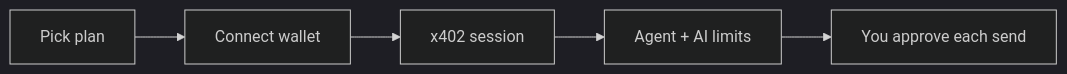
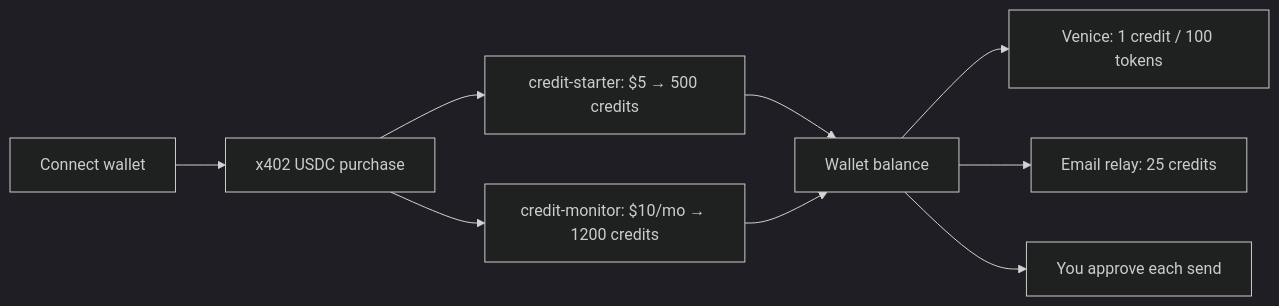
The diagram in docs/src/docs/content/pricing.md (thomasjvu/oblivion), drawn with Mermaid (dark theme) before and after one commit. The commit also changed other lines of this file and 20 other files, not shown here.

First line of the commit message:
Sync docs with wallet credit model and enlarge sidebar tree

````diff
--- a/docs/src/docs/content/pricing.md
+++ b/docs/src/docs/content/pricing.md
@@ -5,7 +5,11 @@
 ```mermaid
 flowchart LR
-  Plan[Pick plan] --> Wallet[Connect wallet]
-  Wallet --> Session[x402 session]
-  Session --> Agent[Agent + AI limits]
-  Agent --> Approve[You approve each send]
+  Wallet[Connect wallet] --> Buy[x402 USDC purchase]
+  Buy --> Starter["credit-starter: $5 → 500 credits"]
+  Buy --> Monitor["credit-monitor: $10/mo → 1200 credits"]
+  Starter --> Balance[Wallet balance]
+  Monitor --> Balance
+  Balance --> Venice["Venice: 1 credit / 100 tokens"]
+  Balance --> Email["Email relay: 25 credits"]
+  Balance --> Approve[You approve each send]
 ```
````
